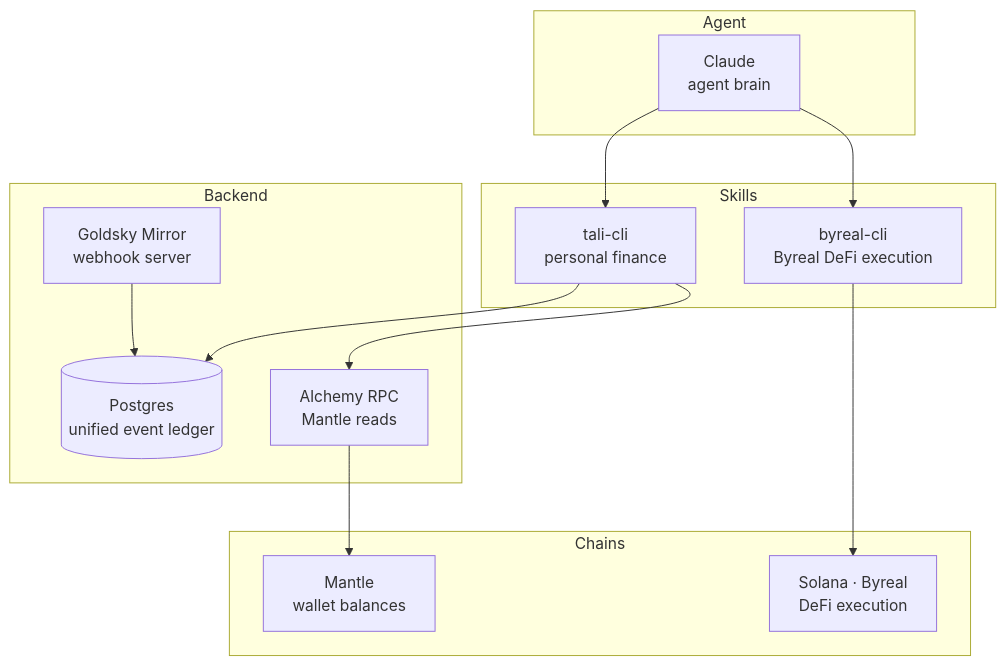
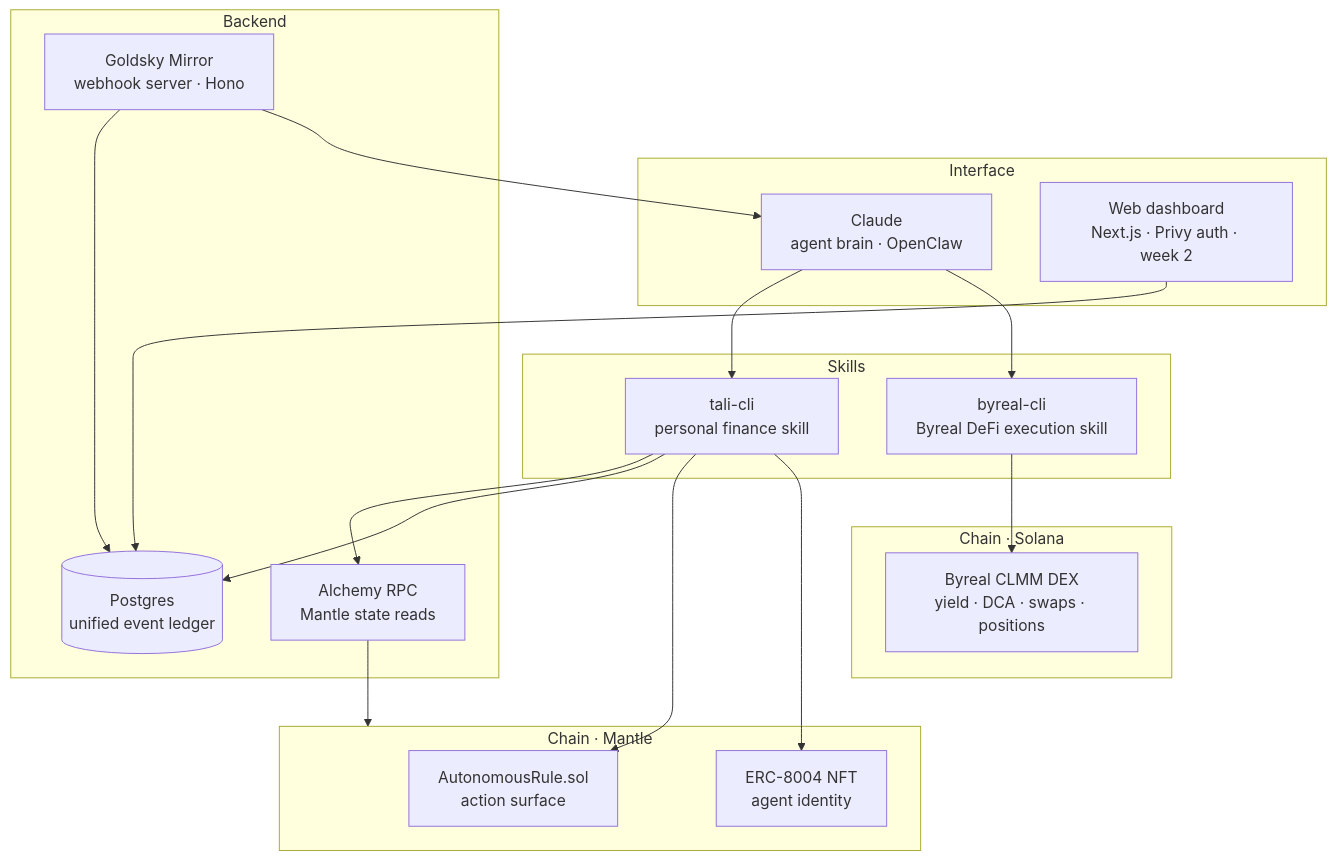
One commit to aliyanamu/tali changed the first of 3 diagrams in docs/architecture.md. Above: the diagram before and after it, drawn with Mermaid. The commit also changed other lines of this file and 8 other files, not shown here.

First line of the commit message:
docs: restore plans/workflow/intents/moat; update for current architecture

````diff
--- a/docs/architecture.md
+++ b/docs/architecture.md
@@ -13,30 +11,39 @@
 ```mermaid
 graph TD
-    subgraph Skills
-        TALI[tali-cli<br/>personal finance]
-        BYREAL[byreal-cli<br/>Byreal DeFi execution]
+    subgraph Interface
+        CL[Claude<br/>agent brain · OpenClaw]
+        WEB[Web dashboard<br/>Next.js · Privy auth · week 2]
     end
 
-    subgraph Agent
-        CLAUDE[Claude<br/>agent brain]
+    subgraph Skills
+        TALI[tali-cli<br/>personal finance skill]
+        BYREAL[byreal-cli<br/>Byreal DeFi execution skill]
     end
 
     subgraph Backend
-        GS[Goldsky Mirror<br/>webhook server]
+        GS[Goldsky Mirror<br/>webhook server · Hono]
         PG[(Postgres<br/>unified event ledger)]
-        ALC[Alchemy RPC<br/>Mantle reads]
+        ALC[Alchemy RPC<br/>Mantle state reads]
     end
 
-    subgraph Chains
-        MNT[Mantle<br/>wallet balances]
-        SOL[Solana · Byreal<br/>DeFi execution]
+    subgraph Mantle[Chain · Mantle]
+        AR[AutonomousRule.sol<br/>action surface]
+        NFT[ERC-8004 NFT<br/>agent identity]
     end
 
-    CLAUDE --> TALI
-    CLAUDE --> BYREAL
+    subgraph Solana[Chain · Solana]
+        DEX[Byreal CLMM DEX<br/>yield · DCA · swaps · positions]
+    end
+
+    CL --> TALI
+    CL --> BYREAL
+    WEB --> PG
     TALI --> ALC
     TALI --> PG
+    TALI --> AR
+    TALI --> NFT
     GS --> PG
-    ALC --> MNT
-    BYREAL --> SOL
+    GS --> CL
+    ALC --> Mantle
+    BYREAL --> DEX
 ```
````
